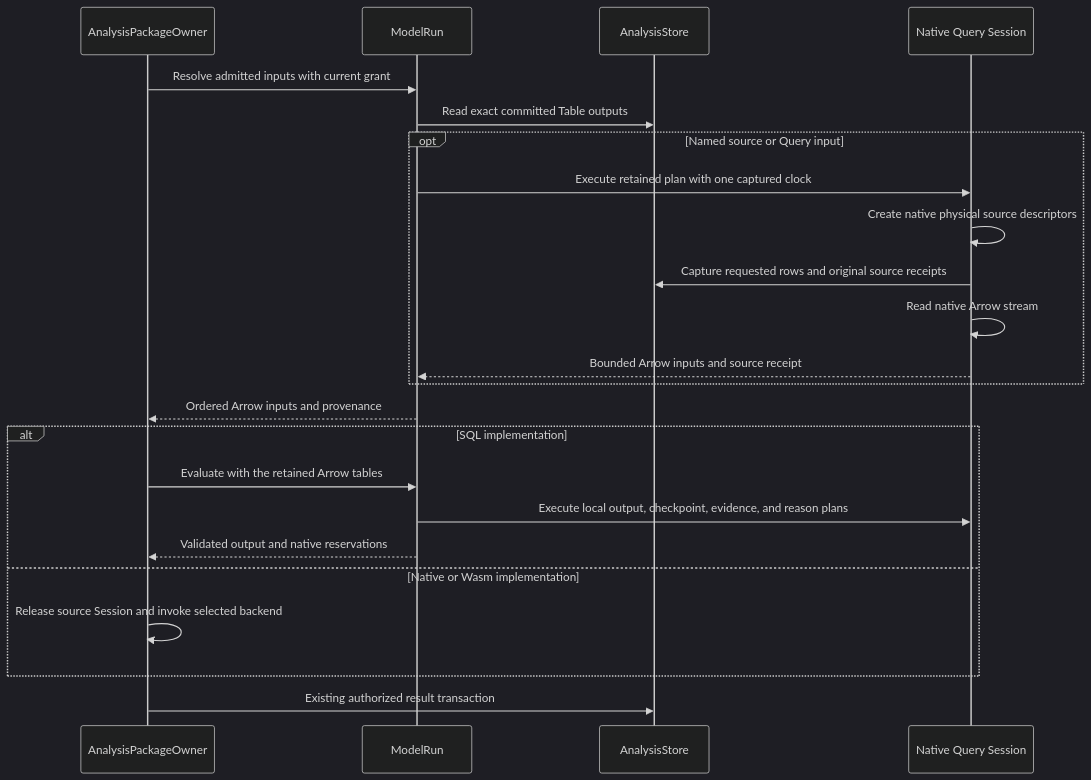
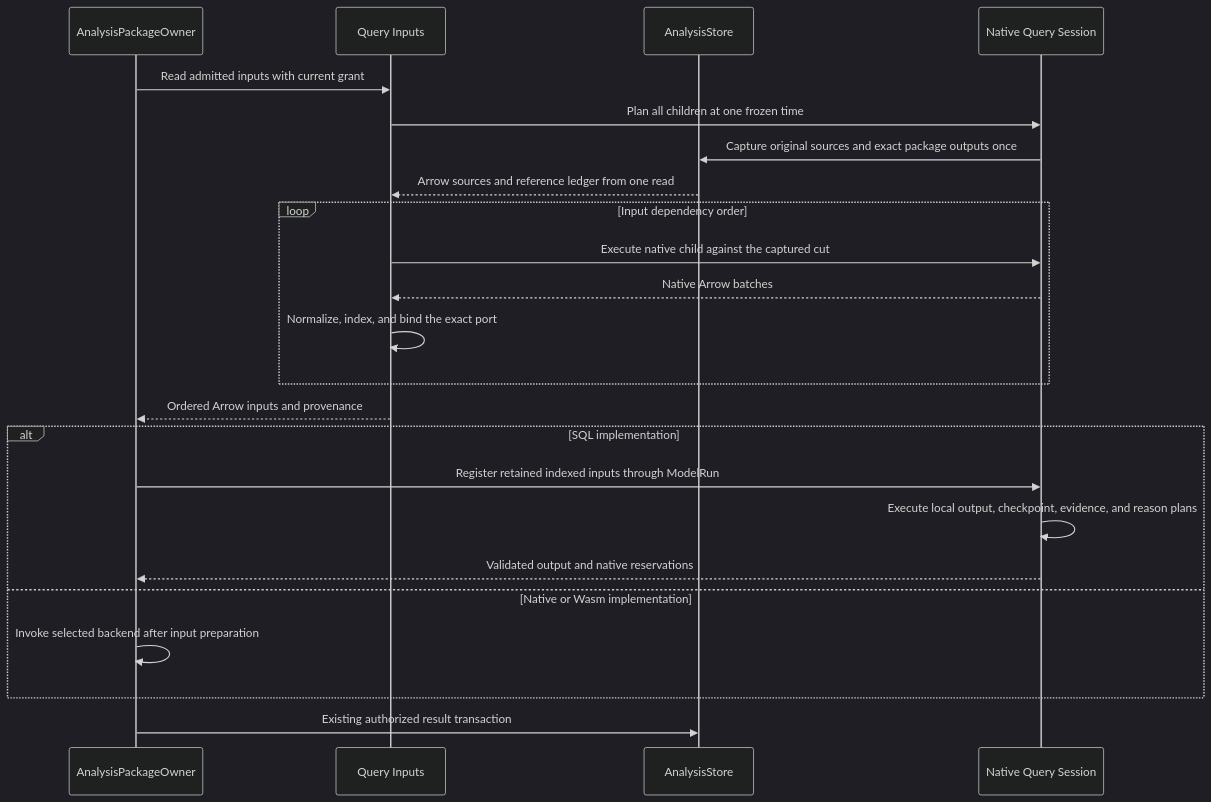
One commit to Ereborlabs/erebor-runtime changed the diagram in docs/guides/araphor-sql-operation-review.md. Above: the diagram before and after it, drawn with Mermaid (dark theme). The commit also changed other lines of this file and 60 other files, not shown here.

Commit message:
Resolve detector inputs through native DataFusion plans

````diff
--- a/docs/guides/araphor-sql-operation-review.md
+++ b/docs/guides/araphor-sql-operation-review.md
@@ -51,25 +57,25 @@
 ```mermaid
 sequenceDiagram
     participant Package as AnalysisPackageOwner
-    participant Input as ModelRun
+    participant Input as Query Inputs
     participant Store as AnalysisStore
     participant Session as Native Query Session
-    Package->>Input: Resolve admitted inputs with current grant
-    Input->>Store: Read exact committed Table outputs
-    opt Named source or Query input
-        Input->>Session: Execute retained plan with one captured clock
-        Session->>Session: Create native physical source descriptors
-        Session->>Store: Capture requested rows and original source receipts
-        Session->>Session: Read native Arrow stream
-        Session-->>Input: Bounded Arrow inputs and source receipt
+    Package->>Input: Read admitted inputs with current grant
+    Input->>Session: Plan all children at one frozen time
+    Session->>Store: Capture original sources and exact package outputs once
+    Store-->>Input: Arrow sources and reference ledger from one read
+    loop Input dependency order
+        Input->>Session: Execute native child against the captured cut
+        Session-->>Input: Native Arrow batches
+        Input->>Input: Normalize, index, and bind the exact port
     end
     Input-->>Package: Ordered Arrow inputs and provenance
     alt SQL implementation
-        Package->>Input: Evaluate with the retained Arrow tables
-        Input->>Session: Execute local output, checkpoint, evidence, and reason plans
-        Input-->>Package: Validated output and native reservations
+        Package->>Session: Register retained indexed inputs through ModelRun
+        Session->>Session: Execute local output, checkpoint, evidence, and reason plans
+        Session-->>Package: Validated output and native reservations
     else Native or Wasm implementation
-        Package->>Package: Release source Session and invoke selected backend
+        Package->>Package: Invoke selected backend after input preparation
     end
     Package->>Store: Existing authorized result transaction
 ```
````
